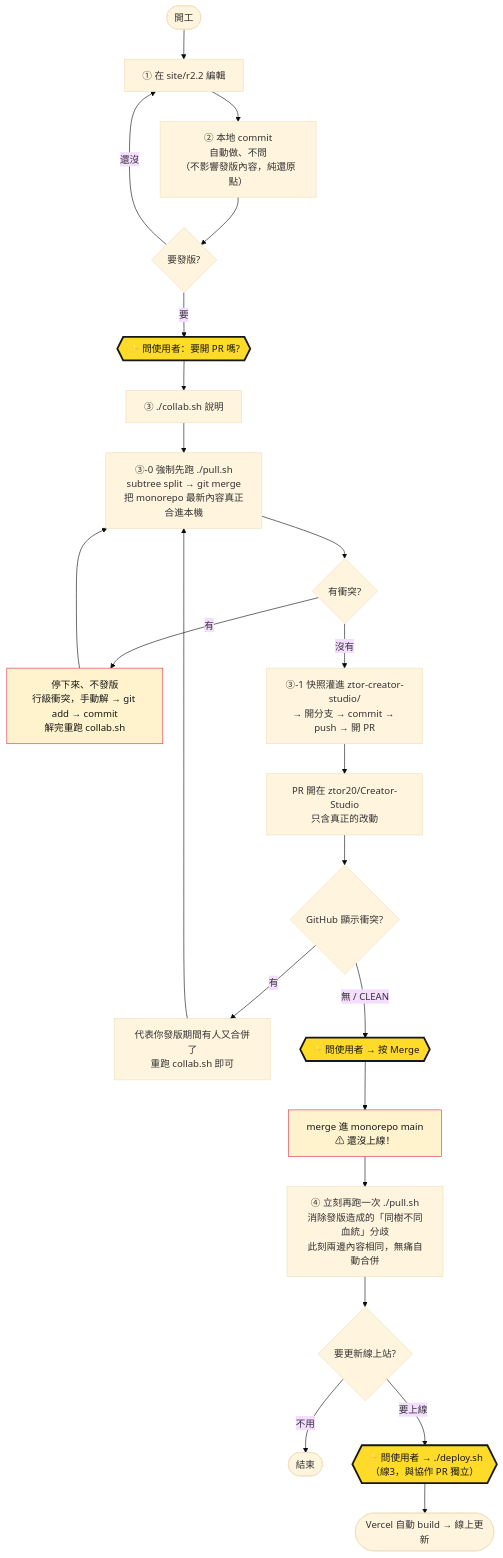
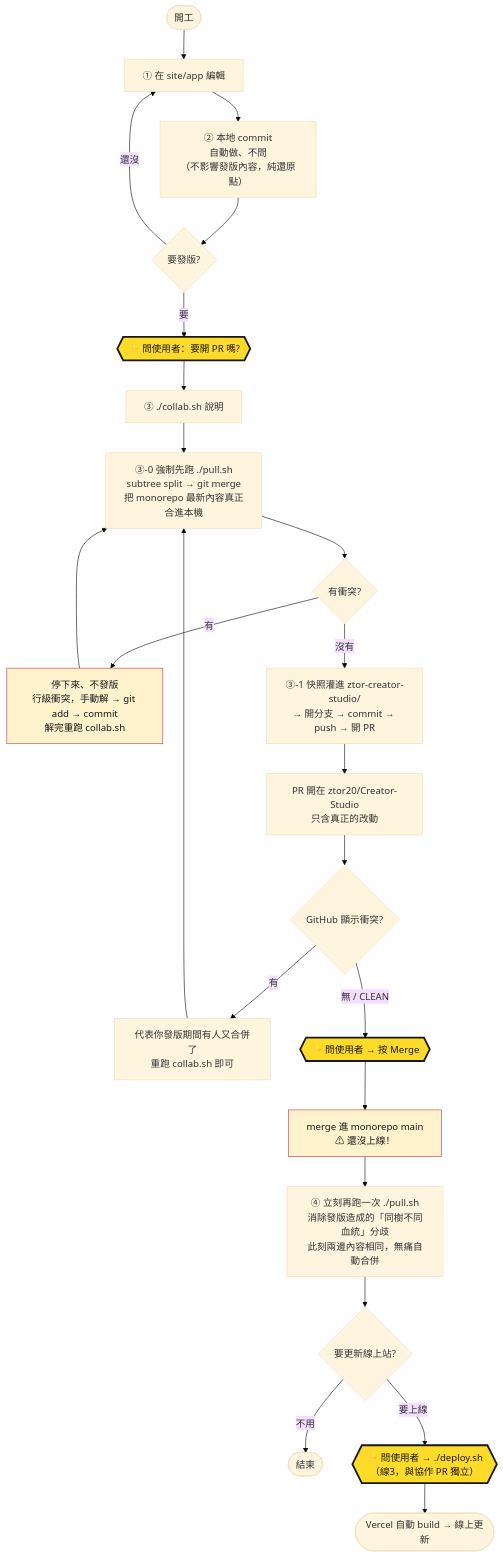
The first of 2 diagrams in ztor-creator-studio/WORKFLOW.md (ztor20/Creator-Studio), drawn with Mermaid (base theme) before and after one commit. The commit also changed other lines of this file and 4 other files, not shown here.

Commit message:
流程文件與清理腳本更新：WORKFLOW.md／WORKFLOW-DIAGRAM.md 改寫為 app/＋Phase 1 凍結分支流程；CLAUDE.md／AGENTS.md 補 phase1 修正流程；cleanup.sh 一併清 port/ 分支、認證改走 gh-auth.sh

````diff
--- a/ztor-creator-studio/WORKFLOW.md
+++ b/ztor-creator-studio/WORKFLOW.md
@@ -81,30 +83,30 @@
 ```mermaid
 flowchart TD
-    A(["開工"]) --> B["① 在 site/r2.2 編輯"]
+    A(["開工"]) --> B["① 在 site/app 編輯"]
     B --> B2["② 本地 commit<br/>自動做、不問<br/>（不影響發版內容，純還原點）"]
     B2 --> E{"要發版?"}
     E -- "還沒" --> B
     E -- "要" --> F{{"⭐ 問使用者：要開 PR 嗎?"}}
     F --> G["③ ./collab.sh 說明"]
     G --> G1["③-0 強制先跑 ./pull.sh<br/>subtree split → git merge<br/>把 monorepo 最新內容真正合進本機"]
     G1 --> C{"有衝突?"}
     C -- "有" --> C1["停下來、不發版<br/>行級衝突，手動解 → git add → commit<br/>解完重跑 collab.sh"]
     C1 --> G1
     C -- "沒有" --> G2["③-1 快照灌進 ztor-creator-studio/<br/>→ 開分支 → commit → push → 開 PR"]
     G2 --> I["PR 開在 ztor20/Creator-Studio<br/>只含真正的改動"]
     I --> J{"GitHub 顯示衝突?"}
     J -- "有" --> J1["代表你發版期間有人又合併了<br/>重跑 collab.sh 即可"]
     J1 --> G1
     J -- "無 / CLEAN" --> K{{"⭐ 問使用者 → 按 Merge"}}
     K --> L["merge 進 monorepo main<br/>⚠ 還沒上線！"]
     L --> P1["④ 立刻再跑一次 ./pull.sh<br/>消除發版造成的「同樹不同血統」分歧<br/>此刻兩邊內容相同，無痛自動合併"]
     P1 --> M{"要更新線上站?"}
     M -- "不用" --> N(["結束"])
     M -- "要上線" --> O{{"⭐ 問使用者 → ./deploy.sh<br/>（線3，與協作 PR 獨立）"}}
     O --> P(["Vercel 自動 build → 線上更新"])
 
     classDef gate fill:#FFDB29,stroke:#171717,stroke-width:3px,color:#171717;
     classDef warn fill:#FFF3CD,stroke:#DA314A,stroke-width:1px,color:#171717;
     class F,K,O gate;
     class L,C1 warn;
 ```
````
